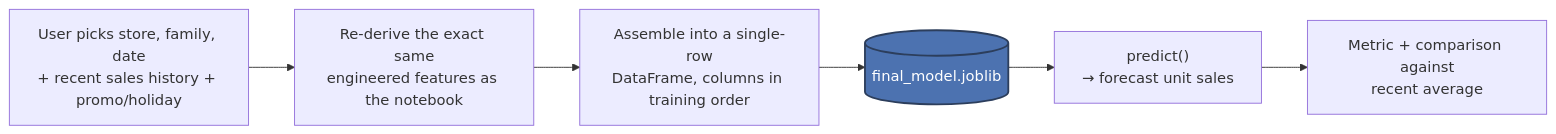
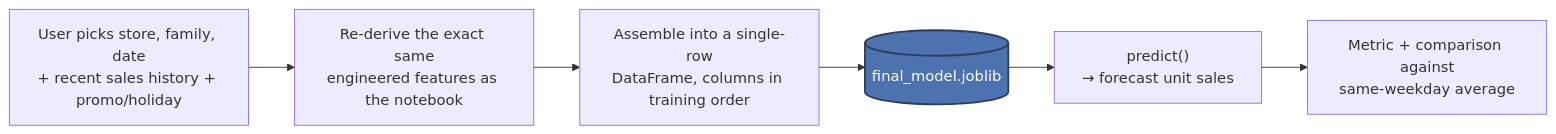
Before and after one commit to Sudharshan205-Proj/retail-demand-forecasting: the sixth of 6 diagrams in retail_demand_forecasting_report.md, drawn with Mermaid. The commit also changed other lines of this file and 12 other files, not shown here.

````diff
--- a/retail_demand_forecasting_report.md
+++ b/retail_demand_forecasting_report.md
@@ -859,10 +903,10 @@
 ```mermaid
 flowchart LR
     UI["User picks store, family, date<br/>+ recent sales history + promo/holiday"] --> RECOMP["Re-derive the exact same<br/>engineered features as the notebook"]
     RECOMP --> ORDER["Assemble into a single-row<br/>DataFrame, columns in training order"]
     ORDER --> MODEL[("final_model.joblib")]
     MODEL --> SCORE["predict()<br/>→ forecast unit sales"]
-    SCORE --> DISPLAY["Metric + comparison against<br/>recent average"]
+    SCORE --> DISPLAY["Metric + comparison against<br/>same-weekday average"]
 
     style MODEL fill:#4C72B0,color:#fff,stroke:#2c3e5c,stroke-width:2px
 ```
````
